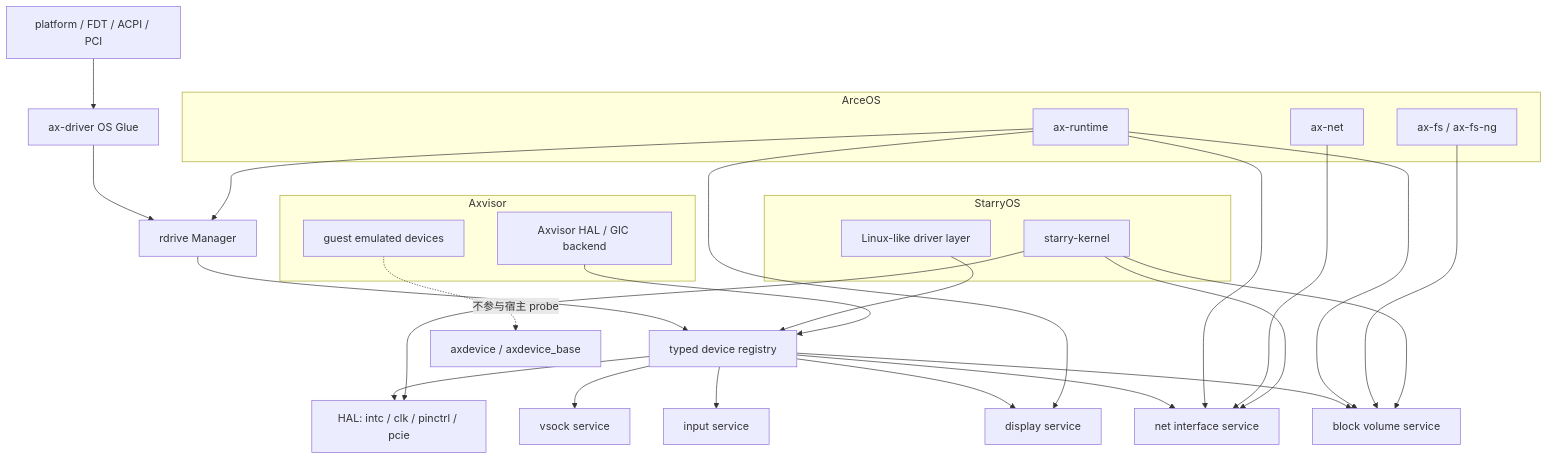
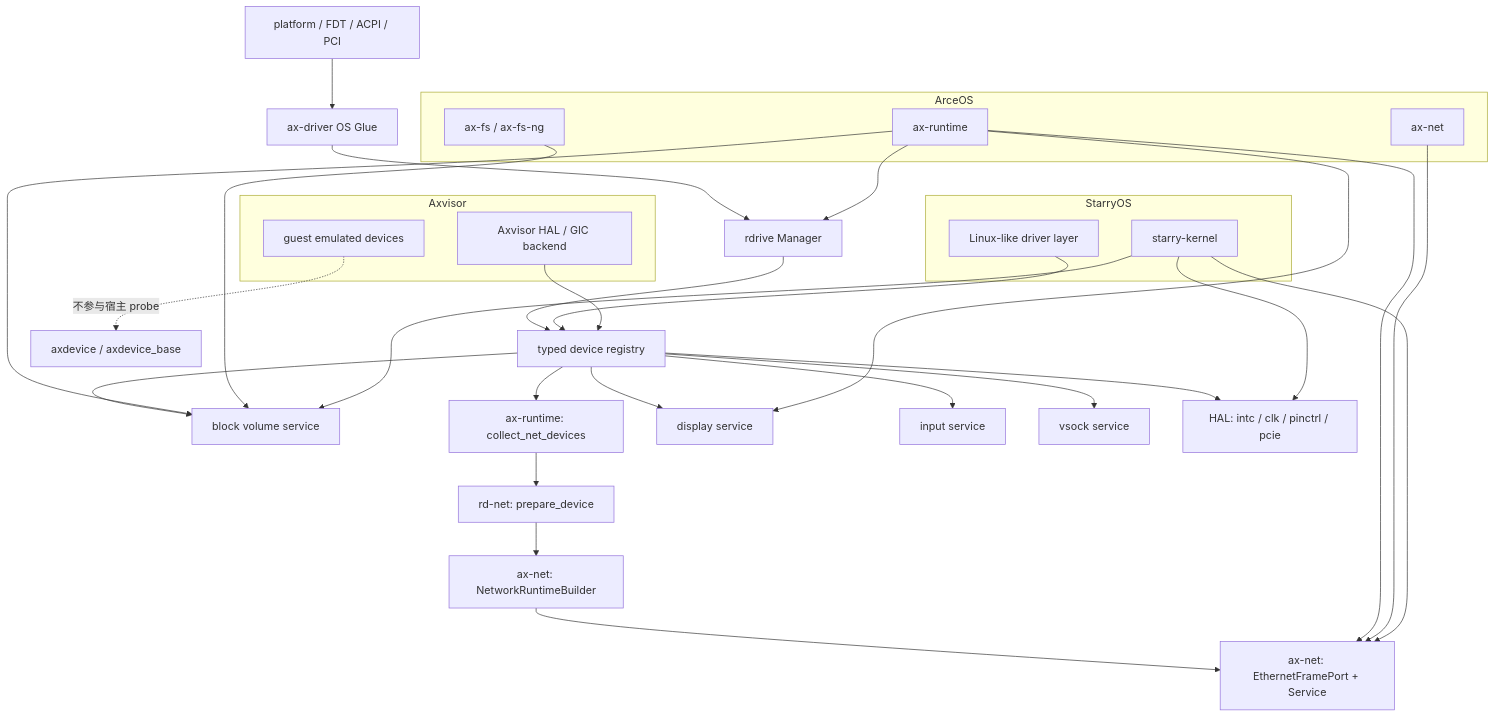
The diagram in docs/docs/architecture/driver/integration.md (rcore-os/tgoskits), drawn with Mermaid before and after one commit. The commit also changed other lines of this file and 10 other files, not shown here.

First line of the commit message:
Refactor network driver architecture and update documentation

````diff
--- a/docs/docs/architecture/driver/integration.md
+++ b/docs/docs/architecture/driver/integration.md
@@ -12,44 +12,47 @@
 ```mermaid
 flowchart TB
     Platform["platform / FDT / ACPI / PCI"] --> AxDriver["ax-driver OS Glue"]
     AxDriver --> Rdrive["rdrive Manager"]
     Rdrive --> Registry["typed device registry"]
 
     Registry --> BlockSvc["block volume service"]
-    Registry --> NetSvc["net interface service"]
+    Registry --> NetTake["ax-runtime: collect_net_devices"]
+    NetTake --> NetPrepare["rd-net: prepare_device"]
+    NetPrepare --> NetQueue["ax-net: NetworkRuntimeBuilder"]
+    NetQueue --> NetSvc["ax-net: EthernetFramePort + Service"]
     Registry --> DispSvc["display service"]
     Registry --> InSvc["input service"]
     Registry --> VsSvc["vsock service"]
     Registry --> HalSvc["HAL: intc / clk / pinctrl / pcie"]
 
     subgraph ArceOS["ArceOS"]
         AxRuntime["ax-runtime"]
         AxFs["ax-fs / ax-fs-ng"]
         AxNet["ax-net"]
     end
 
     subgraph StarryOS["StarryOS"]
         StarryKernel["starry-kernel"]
         StarryDrv["Linux-like driver layer"]
     end
 
     subgraph Axvisor["Axvisor"]
         AvHal["Axvisor HAL / GIC backend"]
         AvGuest["guest emulated devices"]
     end
 
     AxRuntime --> Rdrive
     AxRuntime --> BlockSvc
     AxRuntime --> NetSvc
     AxRuntime --> DispSvc
     AxFs --> BlockSvc
     AxNet --> NetSvc
 
     StarryKernel --> HalSvc
     StarryKernel --> BlockSvc
     StarryKernel --> NetSvc
     StarryDrv --> Registry
 
     AvHal --> Registry
     AvGuest -.->|"不参与宿主 probe"| AxDevice["axdevice / axdevice_base"]
 ```
````
